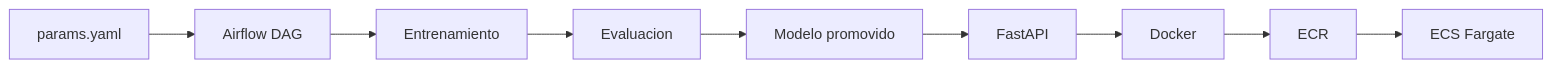
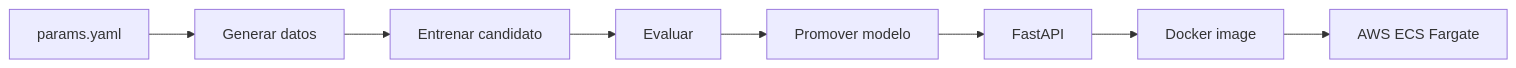
Before and after one commit to wilmerpineda/modulo2_mlops_python: the diagram in _build/html/_sources/unidad_6/16_ejemplo_end_to_end_airflow_fastapi_aws.md, drawn with Mermaid. The commit also changed other lines of this file and 126 other files, not shown here.

````diff
--- a/_build/html/_sources/unidad_6/16_ejemplo_end_to_end_airflow_fastapi_aws.md
+++ b/_build/html/_sources/unidad_6/16_ejemplo_end_to_end_airflow_fastapi_aws.md
@@ -5,11 +7,10 @@
 ```{mermaid}
 flowchart LR
-    A[params.yaml] --> B[Airflow DAG]
-    B --> C[Entrenamiento]
-    C --> D[Evaluacion]
-    D --> E[Modelo promovido]
+    A[params.yaml] --> B[Generar datos]
+    B --> C[Entrenar candidato]
+    C --> D[Evaluar]
+    D --> E[Promover modelo]
     E --> F[FastAPI]
-    F --> G[Docker]
-    G --> H[ECR]
-    H --> I[ECS Fargate]
+    F --> G[Docker image]
+    G --> H[AWS ECS Fargate]
 ```
````
